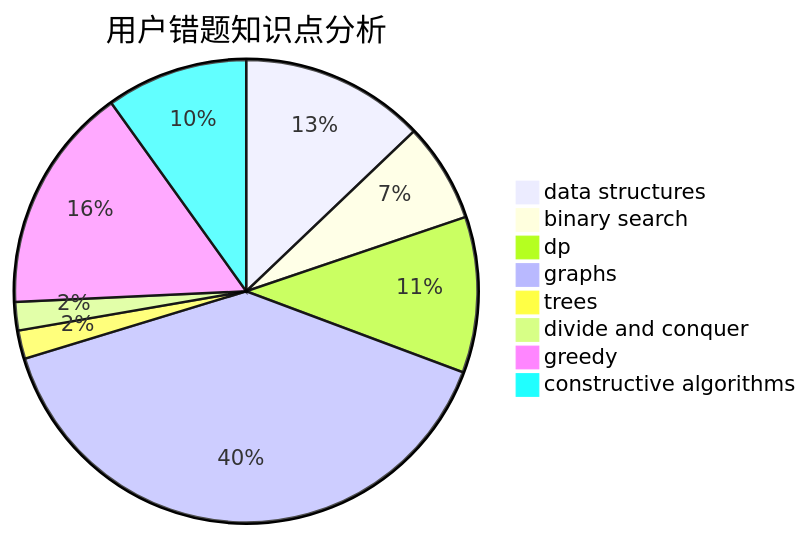
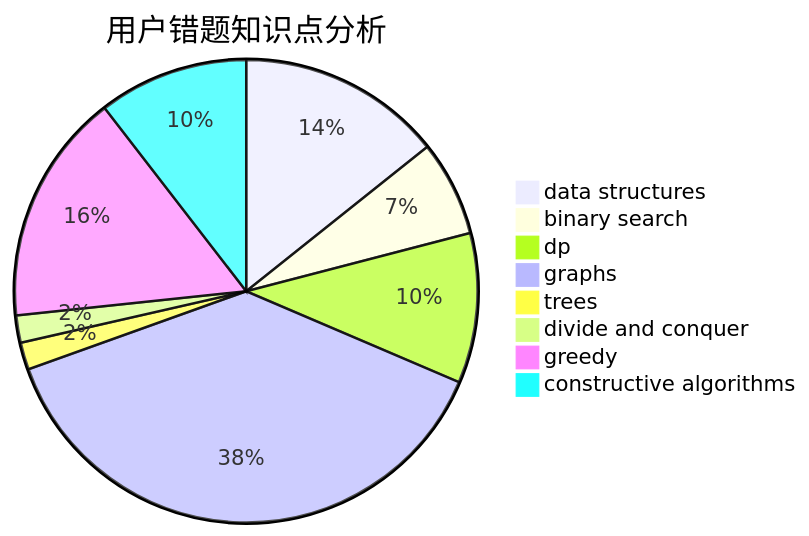
Before and after one commit to sherpahu/cfrs.github.io: the third of 3 diagrams in docs/user/u2570.md, drawn with Mermaid. The commit also changed other lines of this file and 2770 other files, not shown here.

````diff
--- a/docs/user/u2570.md
+++ b/docs/user/u2570.md
@@ -36,11 +36,11 @@
 ```mermaid
 pie title 用户错题知识点分析
-    "data structures" :  13
+    "data structures" :  15
     "binary search" :  7
     "dp" :  11
     "graphs" :  40
     "trees" :  2
     "divide and conquer" :  2
-    "greedy" :  16
-    "constructive algorithms" :  10
+    "greedy" :  17
+    "constructive algorithms" :  11
 ```
````
